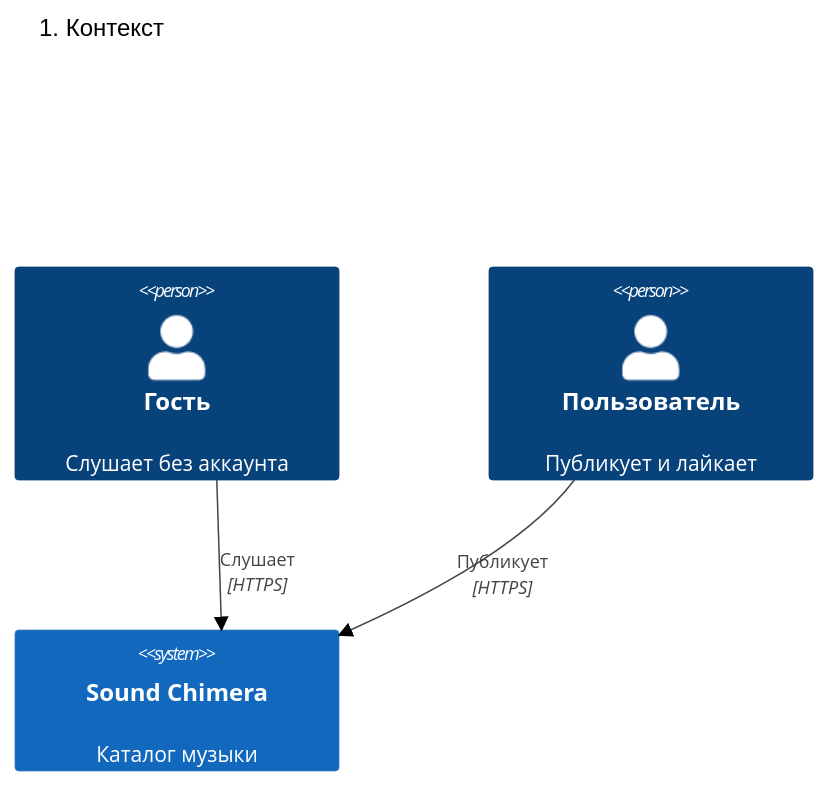
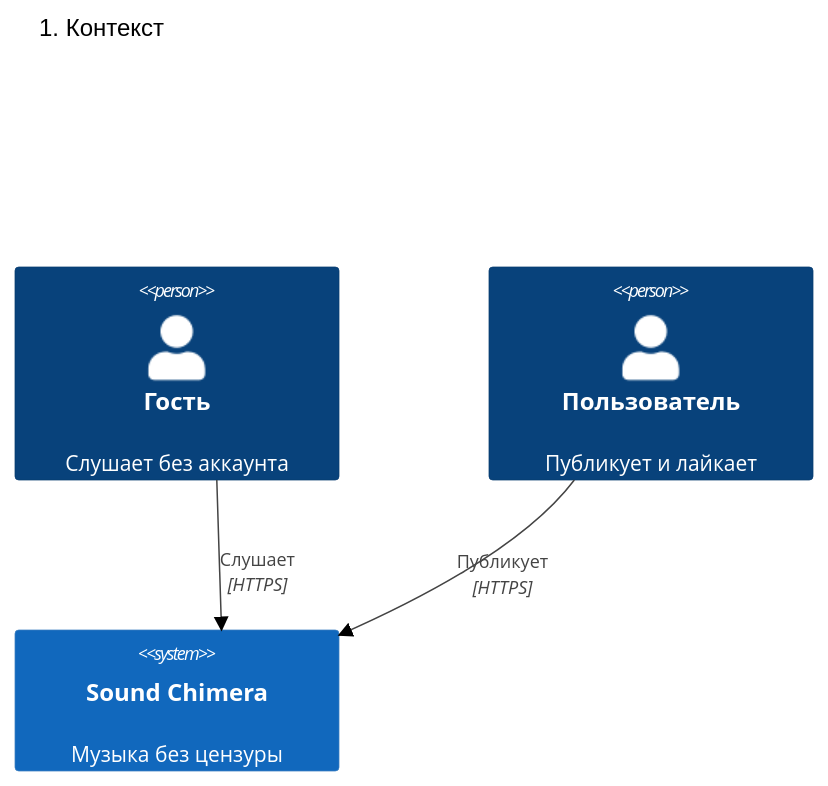
The second of 4 diagrams in docs/architecture.md (skitcc/chimera), drawn with Mermaid (forest theme) before and after one commit. The commit also changed other lines of this file and 2 other files, not shown here.

First line of the commit message:
docs(architecture): state the uncensored listening goal

````diff
--- a/docs/architecture.md
+++ b/docs/architecture.md
@@ -330,10 +225,10 @@
 ```mermaid
 C4Context
   title 1. Контекст
   Person(guest, "Гость", "Слушает без аккаунта")
   Person(member, "Пользователь", "Публикует и лайкает")
-  System(chimera, "Sound Chimera", "Каталог музыки")
+  System(chimera, "Sound Chimera", "Музыка без цензуры")
   Rel(guest, chimera, "Слушает", "HTTPS")
   Rel(member, chimera, "Публикует", "HTTPS")
   UpdateLayoutConfig($c4ShapeInRow="2", $c4BoundaryInRow="1")
 ```
````
